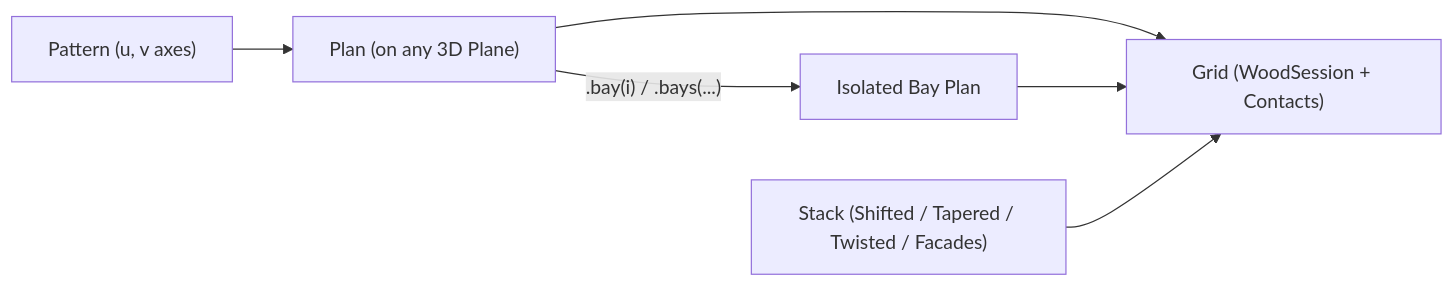
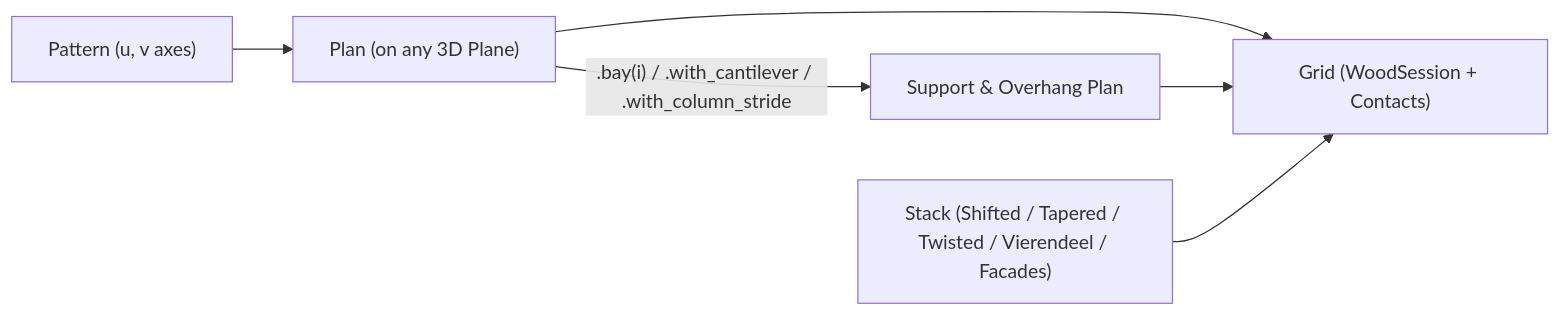
The diagram in docs/templates/grid.md (petrasvestartas/wood), drawn with Mermaid before and after one commit. The commit also changed other lines of this file and 38 other files, not shown here.

````diff
--- a/docs/templates/grid.md
+++ b/docs/templates/grid.md
@@ -38,8 +46,8 @@
 ```mermaid
 flowchart LR
   Pat["Pattern (u, v axes)"] --> Plan["Plan (on any 3D Plane)"]
-  Plan -->|".bay(i) / .bays(...)"| Bay["Isolated Bay Plan"]
+  Plan -->|".bay(i) / .with_cantilever / .with_column_stride"| Bay["Support &amp; Overhang Plan"]
   Plan --> Grid["Grid (WoodSession + Contacts)"]
   Bay --> Grid
-  Stack["Stack (Shifted / Tapered / Twisted / Facades)"] --> Grid
+  Stack["Stack (Shifted / Tapered / Twisted / Vierendeel / Facades)"] --> Grid
 ```
````
